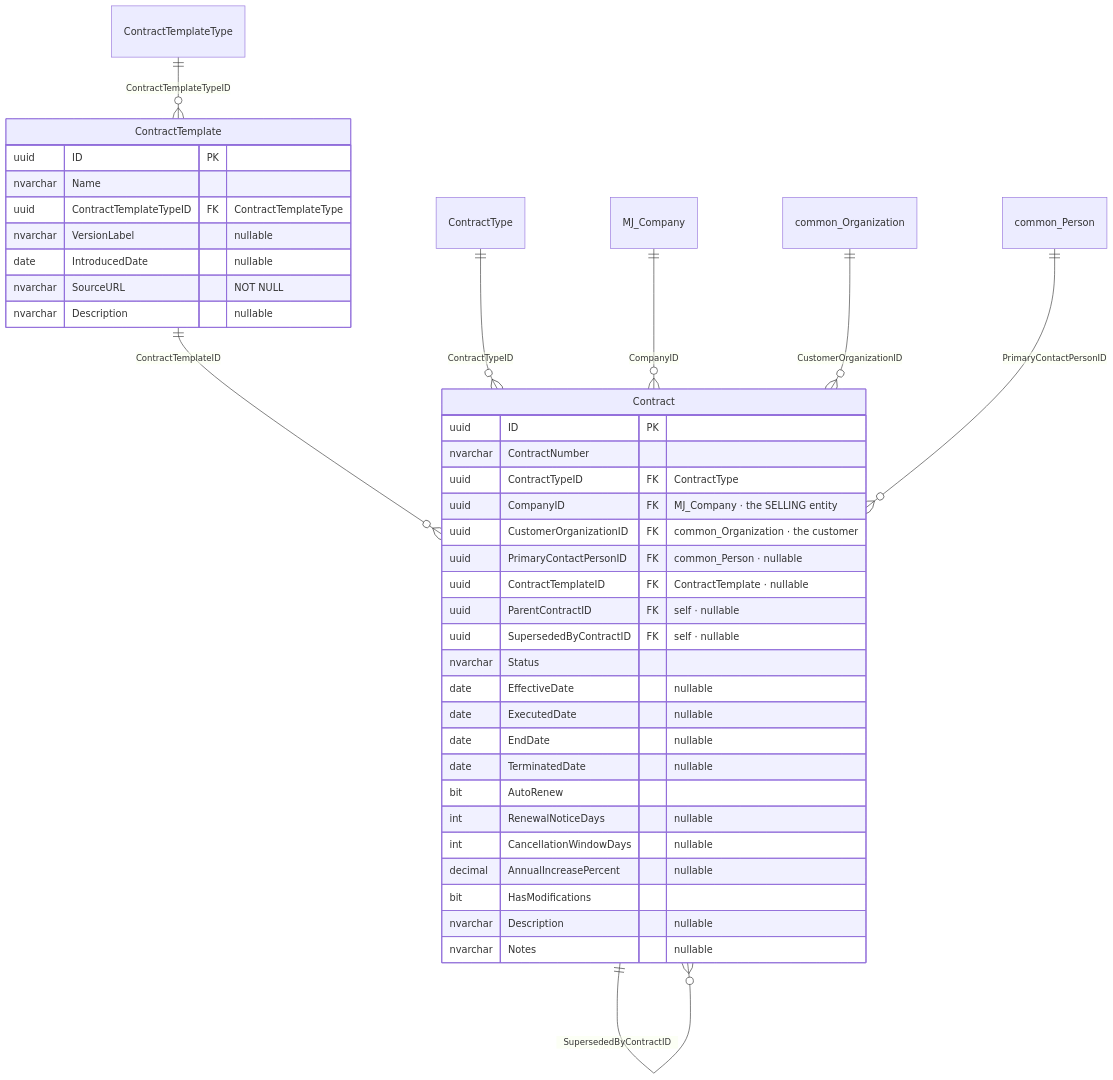
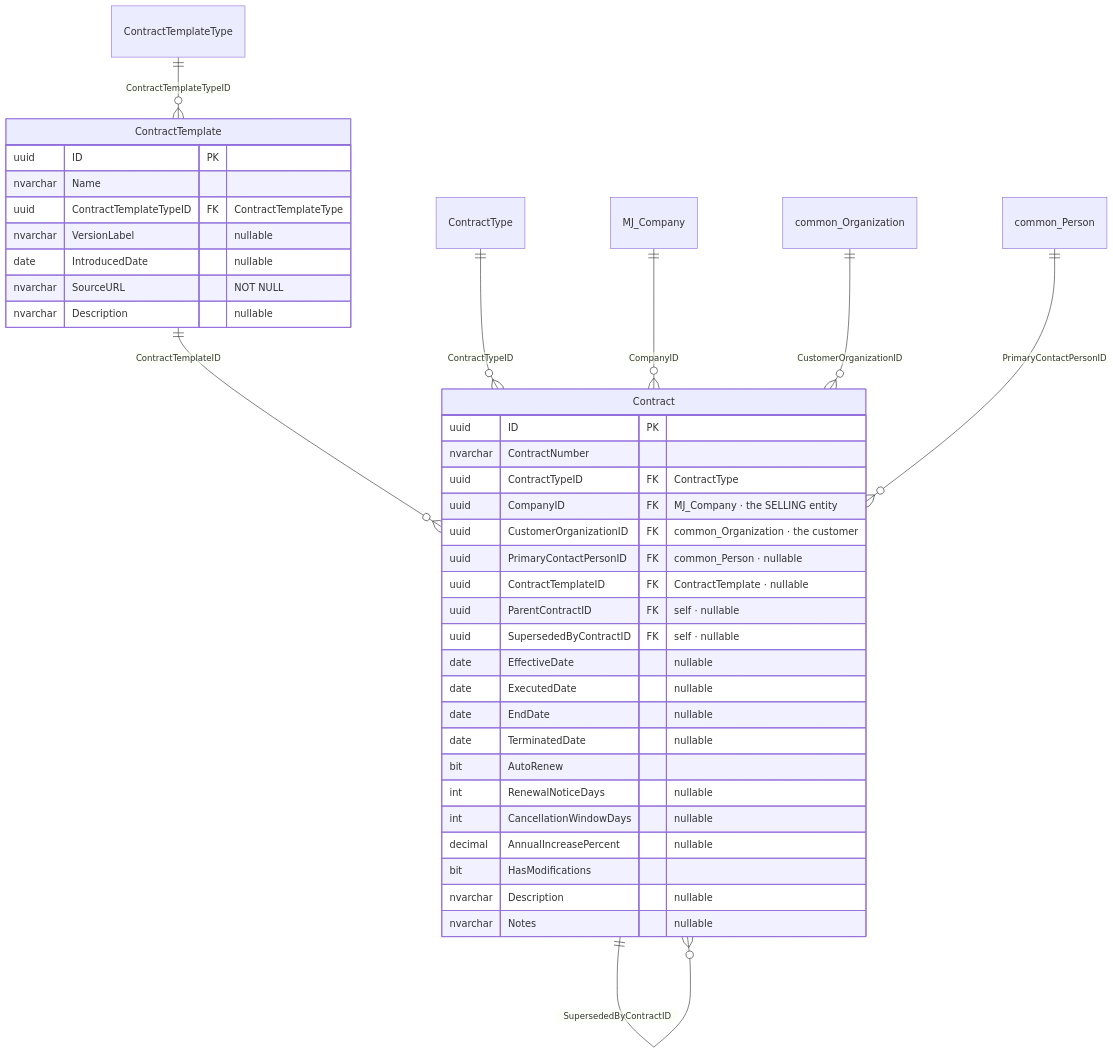
One commit to MemberJunction/bizapps-contracts changed the fourth of 6 diagrams in plans/ERD-planned.md. Above: the diagram before and after it, drawn with Mermaid. The commit also changed other lines of this file and 4 other files, not shown here.

````diff
--- a/plans/ERD-planned.md
+++ b/plans/ERD-planned.md
@@ -305,45 +304,44 @@
 ```mermaid
 erDiagram
     ContractTemplateType ||--o{ ContractTemplate : "ContractTemplateTypeID"
     ContractTemplate ||--o{ Contract : "ContractTemplateID"
     ContractType ||--o{ Contract : "ContractTypeID"
     MJ_Company ||--o{ Contract : "CompanyID"
     common_Organization ||--o{ Contract : "CustomerOrganizationID"
     common_Person ||--o{ Contract : "PrimaryContactPersonID"
     Contract ||--o{ Contract : "ParentContractID"
     Contract ||--o{ Contract : "SupersededByContractID"
 
     ContractTemplate {
         uuid ID PK
         nvarchar Name
         uuid ContractTemplateTypeID FK "ContractTemplateType"
         nvarchar VersionLabel "nullable"
         date IntroducedDate "nullable"
         nvarchar SourceURL "NOT NULL"
         nvarchar Description "nullable"
     }
 
     Contract {
         uuid ID PK
         nvarchar ContractNumber
         uuid ContractTypeID FK "ContractType"
         uuid CompanyID FK "MJ_Company · the SELLING entity"
         uuid CustomerOrganizationID FK "common_Organization · the customer"
         uuid PrimaryContactPersonID FK "common_Person · nullable"
         uuid ContractTemplateID FK "ContractTemplate · nullable"
         uuid ParentContractID FK "self · nullable"
         uuid SupersededByContractID FK "self · nullable"
-        nvarchar Status
         date EffectiveDate "nullable"
         date ExecutedDate "nullable"
         date EndDate "nullable"
         date TerminatedDate "nullable"
         bit AutoRenew
         int RenewalNoticeDays "nullable"
         int CancellationWindowDays "nullable"
         decimal AnnualIncreasePercent "nullable"
         bit HasModifications
         nvarchar Description "nullable"
         nvarchar Notes "nullable"
     }
 ```
````
